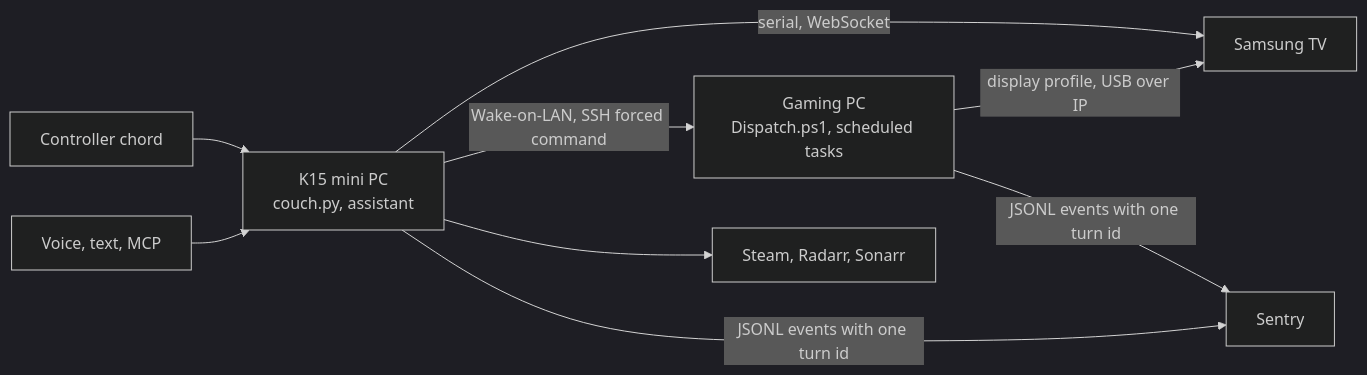
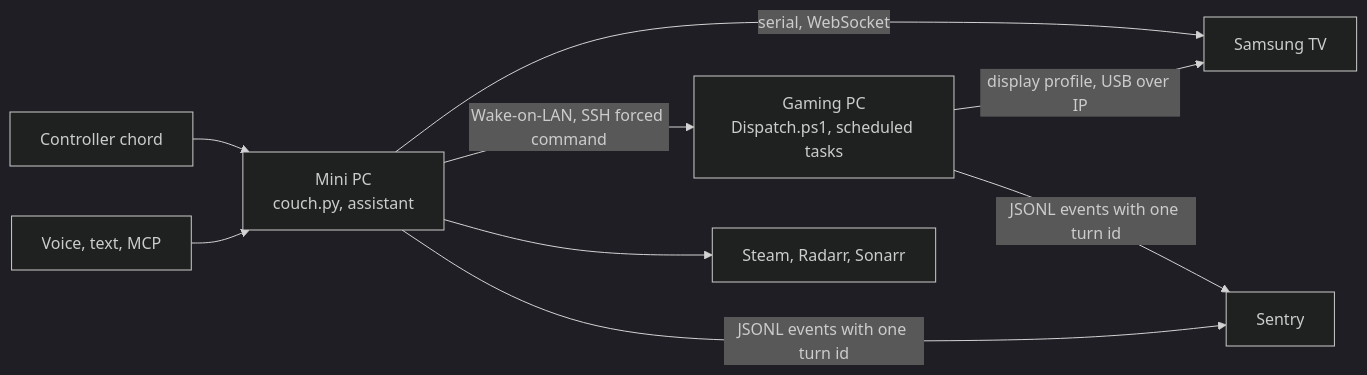
The diagram in README.md (trillville/slopstation), drawn with Mermaid (dark theme) before and after one commit. The commit also changed other lines of this file and 1 other file, not shown here.

First line of the commit message:
README: call the controller machine the mini PC, not the K15

````diff
--- a/README.md
+++ b/README.md
@@ -18,10 +18,10 @@
 ```mermaid
 flowchart LR
     chord[Controller chord] --> k15
     voice[Voice, text, MCP] --> k15
-    k15[K15 mini PC<br/>couch.py, assistant] -->|serial, WebSocket| tv[Samsung TV]
+    k15[Mini PC<br/>couch.py, assistant] -->|serial, WebSocket| tv[Samsung TV]
     k15 -->|Wake-on-LAN, SSH forced command| pc[Gaming PC<br/>Dispatch.ps1, scheduled tasks]
     pc -->|display profile, USB over IP| tv
     k15 --> media[Steam, Radarr, Sonarr]
     k15 & pc -->|JSONL events with one turn id| sentry[Sentry]
 ```
````
